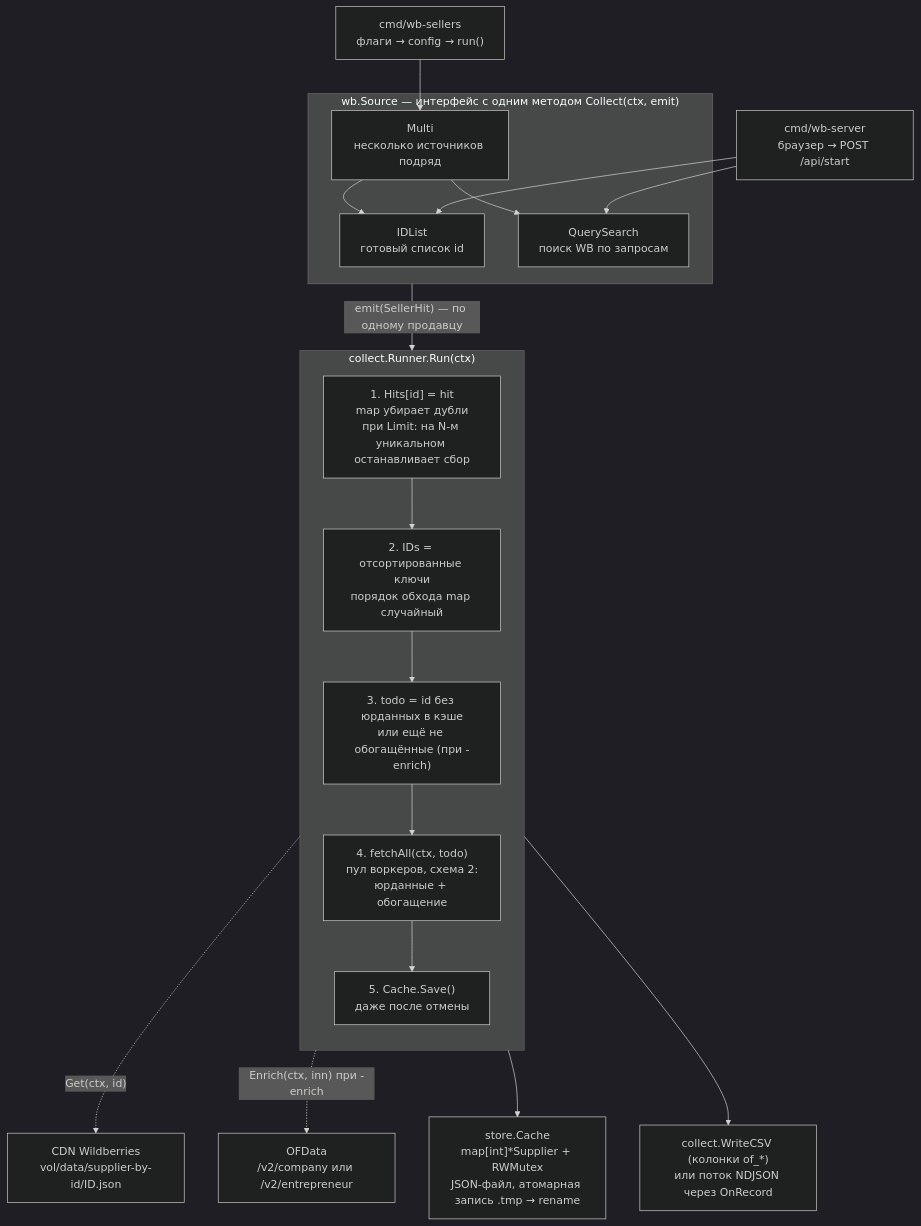
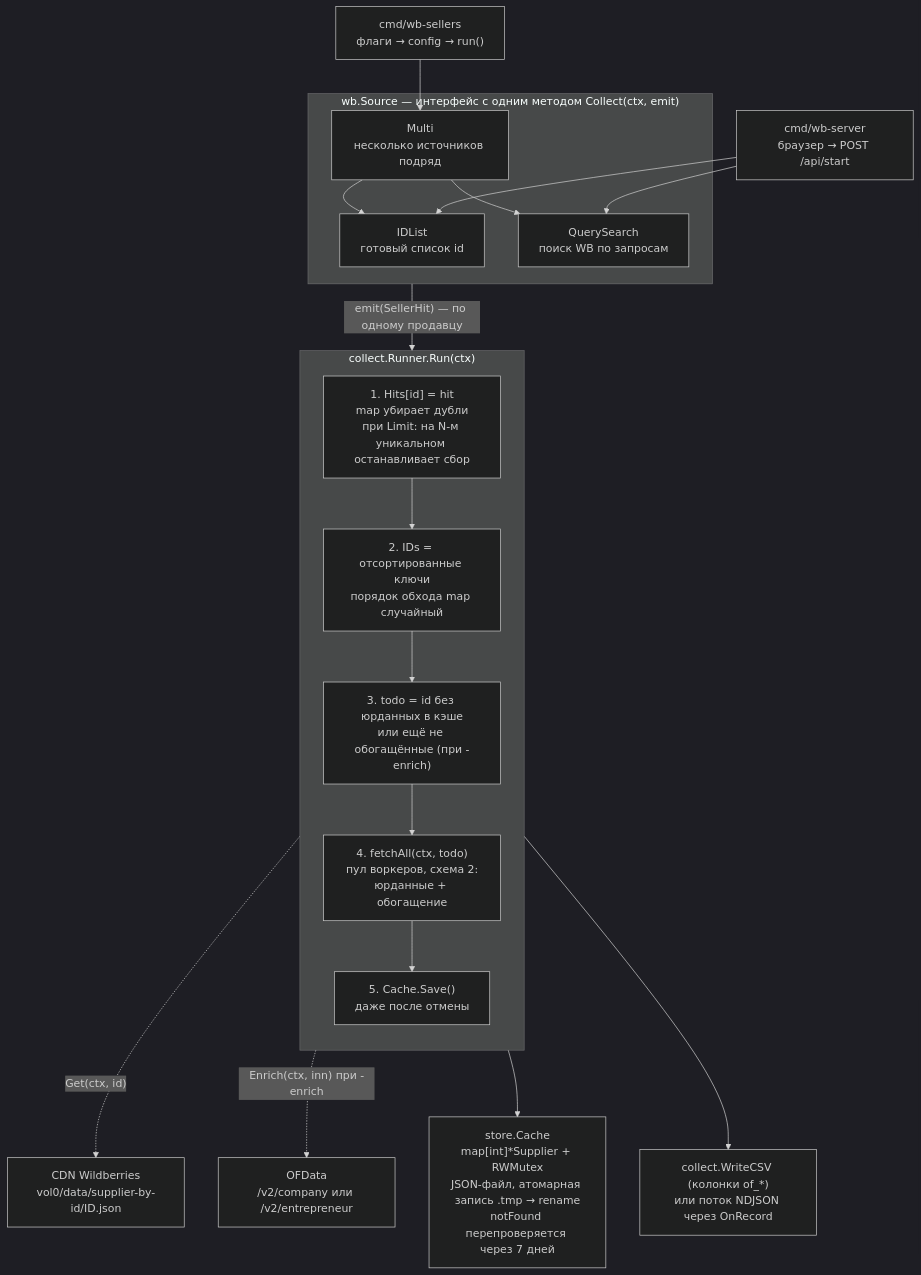
One commit to OkaneKatsuro/go-wb changed the second of 7 diagrams in README.md. Above: the diagram before and after it, drawn with Mermaid (dark theme). The commit also changed other lines of this file and 15 other files, not shown here.

First line of the commit message:
Исправить путь CDN: каталог всегда vol0, иначе все продавцы от id 1000 были notFound

````diff
--- a/README.md
+++ b/README.md
@@ -53,34 +54,34 @@
 ```mermaid
 flowchart TD
     CLI["cmd/wb-sellers<br/>флаги → config → run()"]
     SRV["cmd/wb-server<br/>браузер → POST /api/start"]
 
     subgraph SOURCE["wb.Source — интерфейс с одним методом Collect(ctx, emit)"]
         IDL["IDList<br/>готовый список id"]
         QS["QuerySearch<br/>поиск WB по запросам"]
         MULTI["Multi<br/>несколько источников подряд"]
     end
 
     CLI --> MULTI
     MULTI --> IDL
     MULTI --> QS
     SRV --> IDL
     SRV --> QS
 
     SOURCE -->|"emit(SellerHit) — по одному продавцу"| RUN
 
     subgraph RUN["collect.Runner.Run(ctx)"]
         direction TB
         H["1. Hits[id] = hit<br/>map убирает дубли<br/>при Limit: на N-м уникальном останавливает сбор"]
         I["2. IDs = отсортированные ключи<br/>порядок обхода map случайный"]
         T["3. todo = id без юрданных в кэше<br/>или ещё не обогащённые (при -enrich)"]
         F["4. fetchAll(ctx, todo)<br/>пул воркеров, схема 2:<br/>юрданные + обогащение"]
         S["5. Cache.Save()<br/>даже после отмены"]
         H --> I --> T --> F --> S
     end
 
-    RUN --> CACHE["store.Cache<br/>map[int]*Supplier + RWMutex<br/>JSON-файл, атомарная запись .tmp → rename"]
+    RUN --> CACHE["store.Cache<br/>map[int]*Supplier + RWMutex<br/>JSON-файл, атомарная запись .tmp → rename<br/>notFound перепроверяется через 7 дней"]
     RUN --> CSV["collect.WriteCSV (колонки of_*)<br/>или поток NDJSON через OnRecord"]
-    F -.->|"Get(ctx, id)"| CDN["CDN Wildberries<br/>vol/data/supplier-by-id/ID.json"]
+    F -.->|"Get(ctx, id)"| CDN["CDN Wildberries<br/>vol0/data/supplier-by-id/ID.json"]
     F -.->|"Enrich(ctx, inn) при -enrich"| OFD["OFData<br/>/v2/company или /v2/entrepreneur"]
 ```
````
